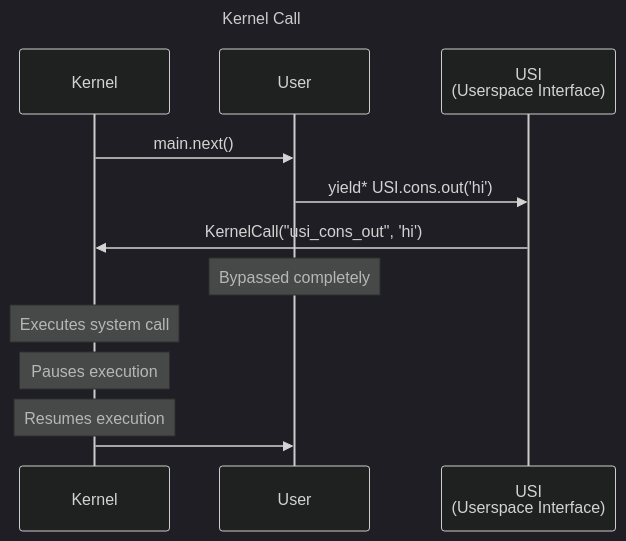
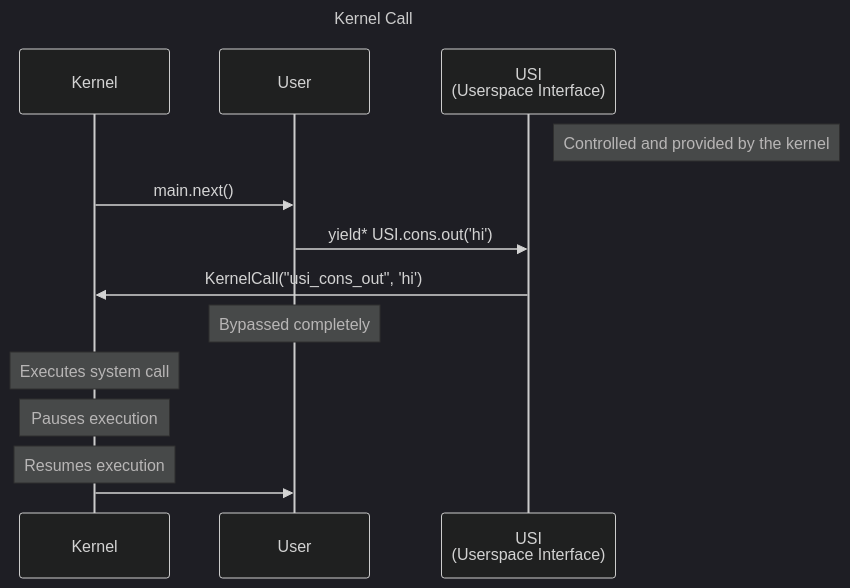
The second of 4 diagrams in README.md (cornusandu-org/SilentUOS), drawn with Mermaid (dark theme) before and after one commit. The commit also changed other lines of this file and 1 other file, not shown here.

````diff
--- a/README.md
+++ b/README.md
@@ -26,17 +26,18 @@
 ```mermaid
 ---
 title: Kernel Call
 ---
 sequenceDiagram
     participant Kernel
     participant User
     participant USI as USI<br/>(Userspace Interface)
+    Note right of USI: Controlled and provided by the kernel
     Kernel ->> User: main.next()
     User ->> USI: yield* USI.cons.out('hi')
     USI ->> Kernel: KernelCall("usi_cons_out", 'hi')
     Note over User: Bypassed completely
     Note over Kernel: Executes system call
     Note over Kernel: Pauses execution
     Note over Kernel: Resumes execution
     Kernel ->> User: 
 ```
````
